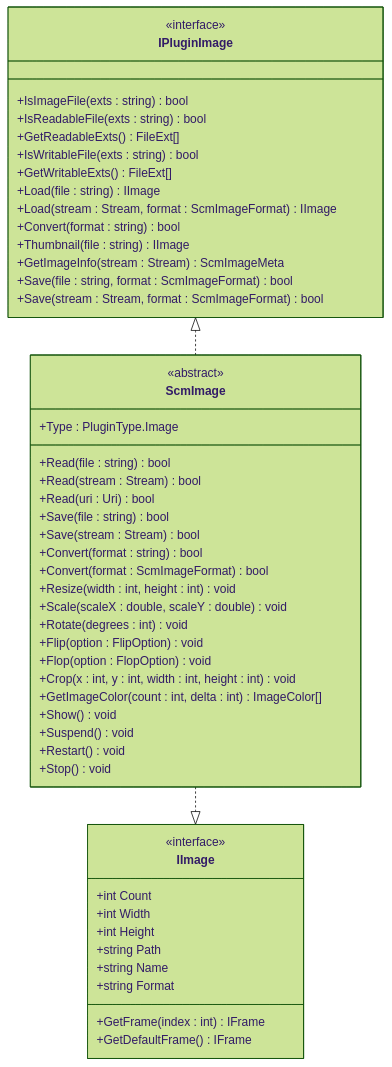
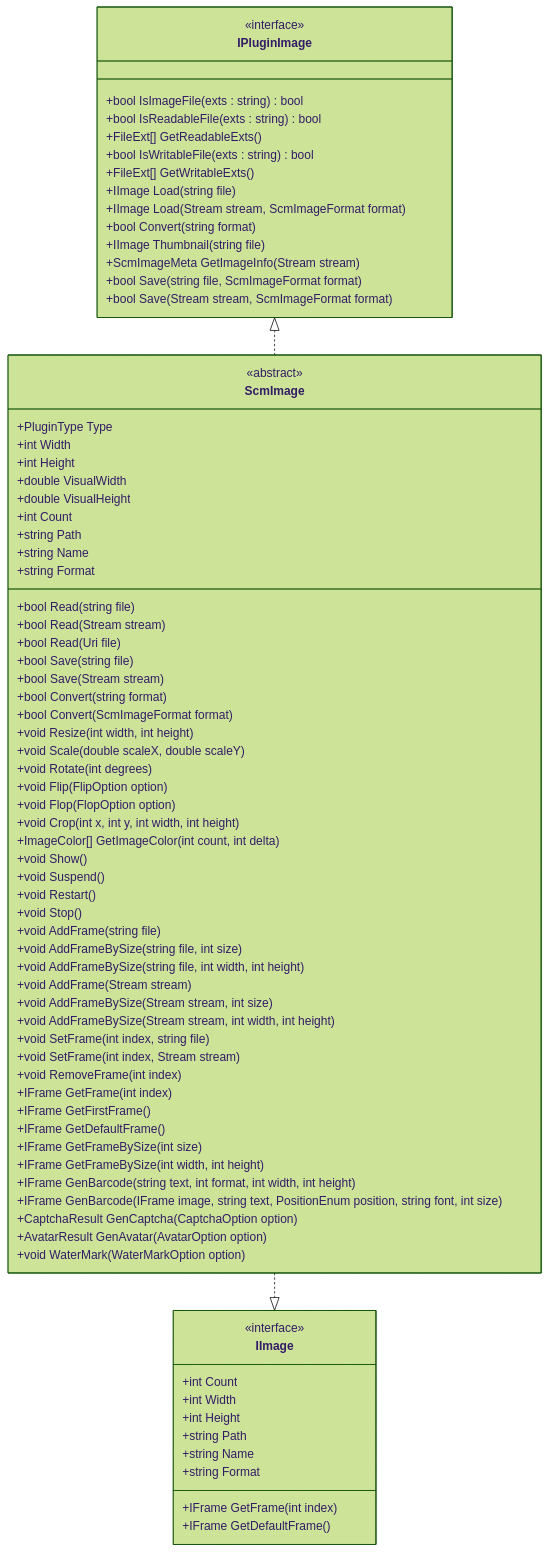
Before and after one commit to leadiot/Scm.Net: the fourth of 6 diagrams in .qoder/repowiki/zh/content/插件扩展系统/插件扩展系统.md, drawn with Mermaid (forest theme). The commit also changed other lines of this file and 17 other files, not shown here.

````diff
--- a/.qoder/repowiki/zh/content/插件扩展系统/插件扩展系统.md
+++ b/.qoder/repowiki/zh/content/插件扩展系统/插件扩展系统.md
@@ -196,53 +192,80 @@
 ```mermaid
 classDiagram
 class IPluginImage {
 <<interface>>
-+IsImageFile(exts : string) bool
-+IsReadableFile(exts : string) bool
-+GetReadableExts() FileExt[]
-+IsWritableFile(exts : string) bool
-+GetWritableExts() FileExt[]
-+Load(file : string) IImage
-+Load(stream : Stream, format : ScmImageFormat) IImage
-+Convert(format : string) bool
-+Thumbnail(file : string) IImage
-+GetImageInfo(stream : Stream) ScmImageMeta
-+Save(file : string, format : ScmImageFormat) bool
-+Save(stream : Stream, format : ScmImageFormat) bool
++bool IsImageFile(exts : string) bool
++bool IsReadableFile(exts : string) bool
++FileExt[] GetReadableExts()
++bool IsWritableFile(exts : string) bool
++FileExt[] GetWritableExts()
++IImage Load(string file)
++IImage Load(Stream stream, ScmImageFormat format)
++bool Convert(string format)
++IImage Thumbnail(string file)
++ScmImageMeta GetImageInfo(Stream stream)
++bool Save(string file, ScmImageFormat format)
++bool Save(Stream stream, ScmImageFormat format)
 }
 class IImage {
 <<interface>>
 +int Count
 +int Width
 +int Height
 +string Path
 +string Name
 +string Format
-+GetFrame(index : int) IFrame
-+GetDefaultFrame() IFrame
++IFrame GetFrame(int index)
++IFrame GetDefaultFrame()
 }
 class ScmImage {
 <<abstract>>
-+Type : PluginType.Image
-+Read(file : string) bool
-+Read(stream : Stream) bool
-+Read(uri : Uri) bool
-+Save(file : string) bool
-+Save(stream : Stream) bool
-+Convert(format : string) bool
-+Convert(format : ScmImageFormat) bool
-+Resize(width : int, height : int) void
-+Scale(scaleX : double, scaleY : double) void
-+Rotate(degrees : int) void
-+Flip(option : FlipOption) void
-+Flop(option : FlopOption) void
-+Crop(x : int, y : int, width : int, height : int) void
-+GetImageColor(count : int, delta : int) ImageColor[]
-+Show() void
-+Suspend() void
-+Restart() void
-+Stop() void
++PluginType Type
++int Width
++int Height
++double VisualWidth
++double VisualHeight
++int Count
++string Path
++string Name
++string Format
++bool Read(string file)
++bool Read(Stream stream)
++bool Read(Uri file)
++bool Save(string file)
++bool Save(Stream stream)
++bool Convert(string format)
++bool Convert(ScmImageFormat format)
++void Resize(int width, int height)
++void Scale(double scaleX, double scaleY)
++void Rotate(int degrees)
++void Flip(FlipOption option)
++void Flop(FlopOption option)
++void Crop(int x, int y, int width, int height)
++ImageColor[] GetImageColor(int count, int delta)
++void Show()
++void Suspend()
++void Restart()
++void Stop()
++void AddFrame(string file)
++void AddFrameBySize(string file, int size)
++void AddFrameBySize(string file, int width, int height)
++void AddFrame(Stream stream)
++void AddFrameBySize(Stream stream, int size)
++void AddFrameBySize(Stream stream, int width, int height)
++void SetFrame(int index, string file)
++void SetFrame(int index, Stream stream)
++void RemoveFrame(int index)
++IFrame GetFrame(int index)
++IFrame GetFirstFrame()
++IFrame GetDefaultFrame()
++IFrame GetFrameBySize(int size)
++IFrame GetFrameBySize(int width, int height)
++IFrame GenBarcode(string text, int format, int width, int height)
++IFrame GenBarcode(IFrame image, string text, PositionEnum position, string font, int size)
++CaptchaResult GenCaptcha(CaptchaOption option)
++AvatarResult GenAvatar(AvatarOption option)
++void WaterMark(WaterMarkOption option)
 }
 IPluginImage <|.. ScmImage
 ScmImage ..|> IImage
 ```
````
